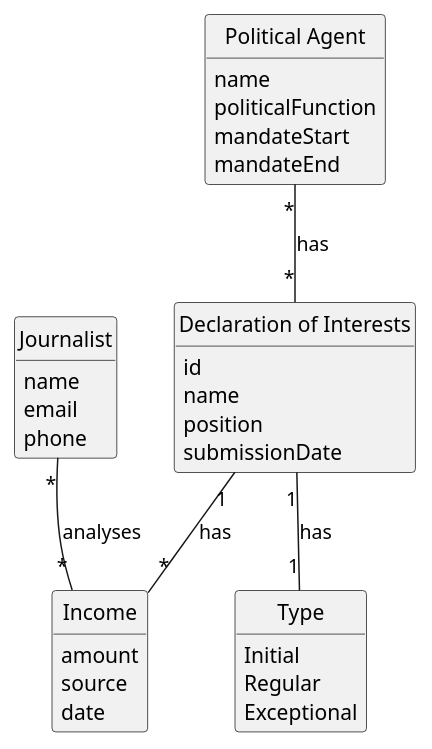
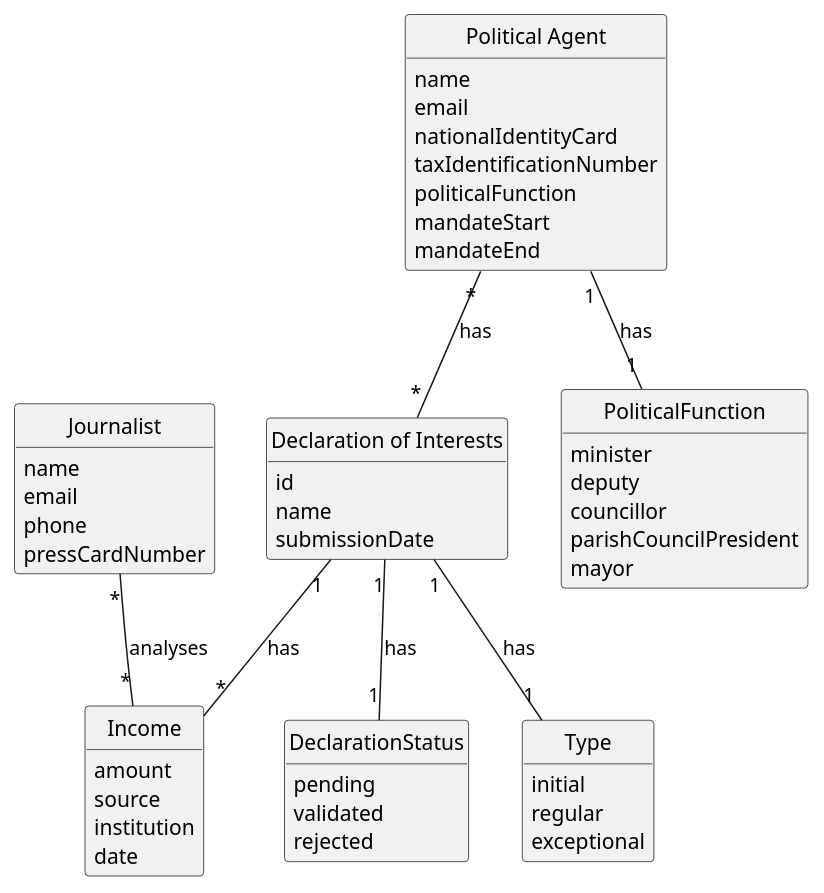
One commit to brunodspinto/crystal-clear-platform changed the diagram in docs/system-documentation/US10/02.analysis/US10-DM.puml. Above: the diagram before and after it, drawn with PlantUML. The commit also changed 3 other files, not shown here.

```diff
--- a/docs/system-documentation/US10/02.analysis/US10-DM.puml
+++ b/docs/system-documentation/US10/02.analysis/US10-DM.puml
@@ -1,49 +1,70 @@
 @startuml US10-DM
 skinparam monochrome true
 skinparam packageStyle rectangle
 skinparam shadowing false
 skinparam classAttributeIconSize 0
 
 hide circle
 hide methods
 
 class Journalist {
     name
     email
     phone
+    pressCardNumber
 }
 
 class "Political Agent" as PoliticalAgent {
     name
+    email
+    nationalIdentityCard
+    taxIdentificationNumber
     politicalFunction
     mandateStart
     mandateEnd
 }
 
 class "Declaration of Interests" as Declaration {
     id
     name
-    position
     submissionDate
 }
 
+enum DeclarationStatus {
+    pending
+    validated
+    rejected
+}
+
 enum Type {
-    Initial
-    Regular
-    Exceptional
+    initial
+    regular
+    exceptional
+}
+
+enum PoliticalFunction {
+    minister
+    deputy
+    councillor
+    parishCouncilPresident
+    mayor
 }
 
 class Income {
     amount
     source
+    institution
     date
 }
 
 Journalist "*" -- "*" Income : analyses
 
 PoliticalAgent "*" -- "*" Declaration : has
 
+PoliticalAgent "1" -- "1" PoliticalFunction : has
+
 Declaration "1" -- "1" Type : has
+Declaration "1" -- "1" DeclarationStatus : has
 Declaration "1" -- "*" Income : has
 
 @enduml
```
